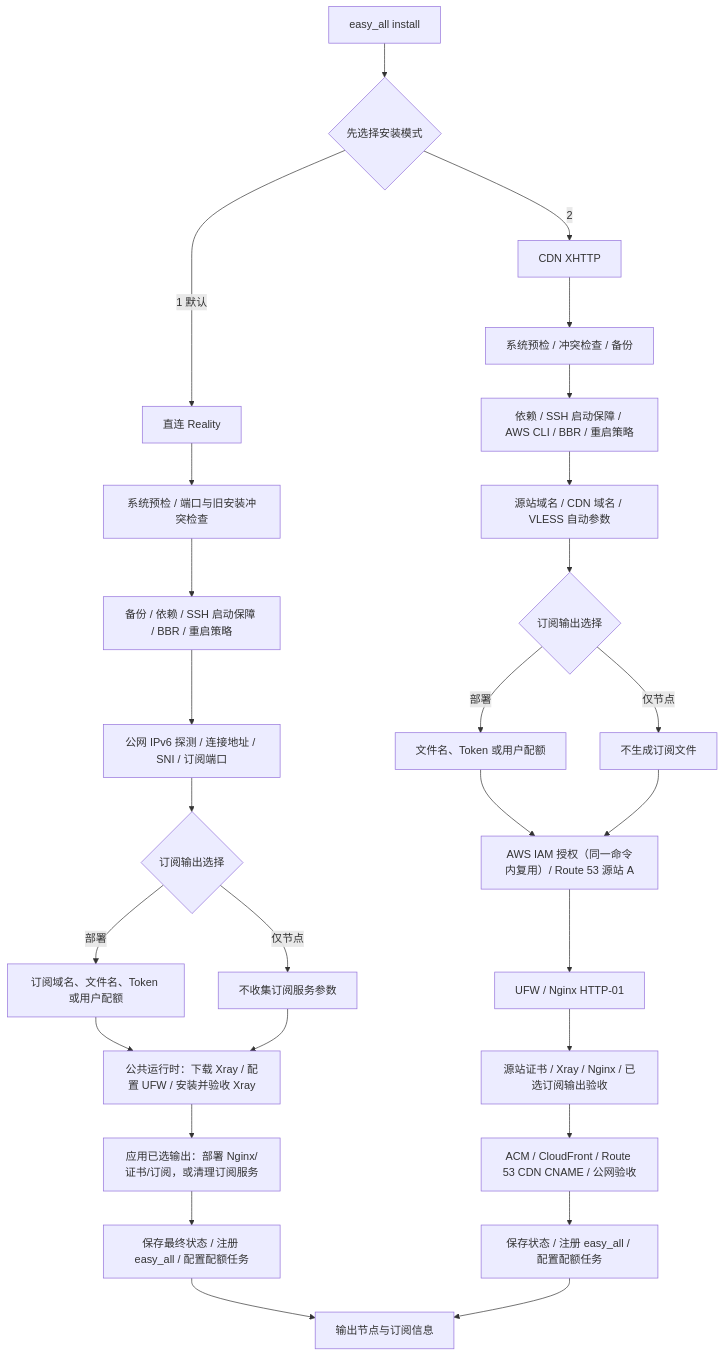
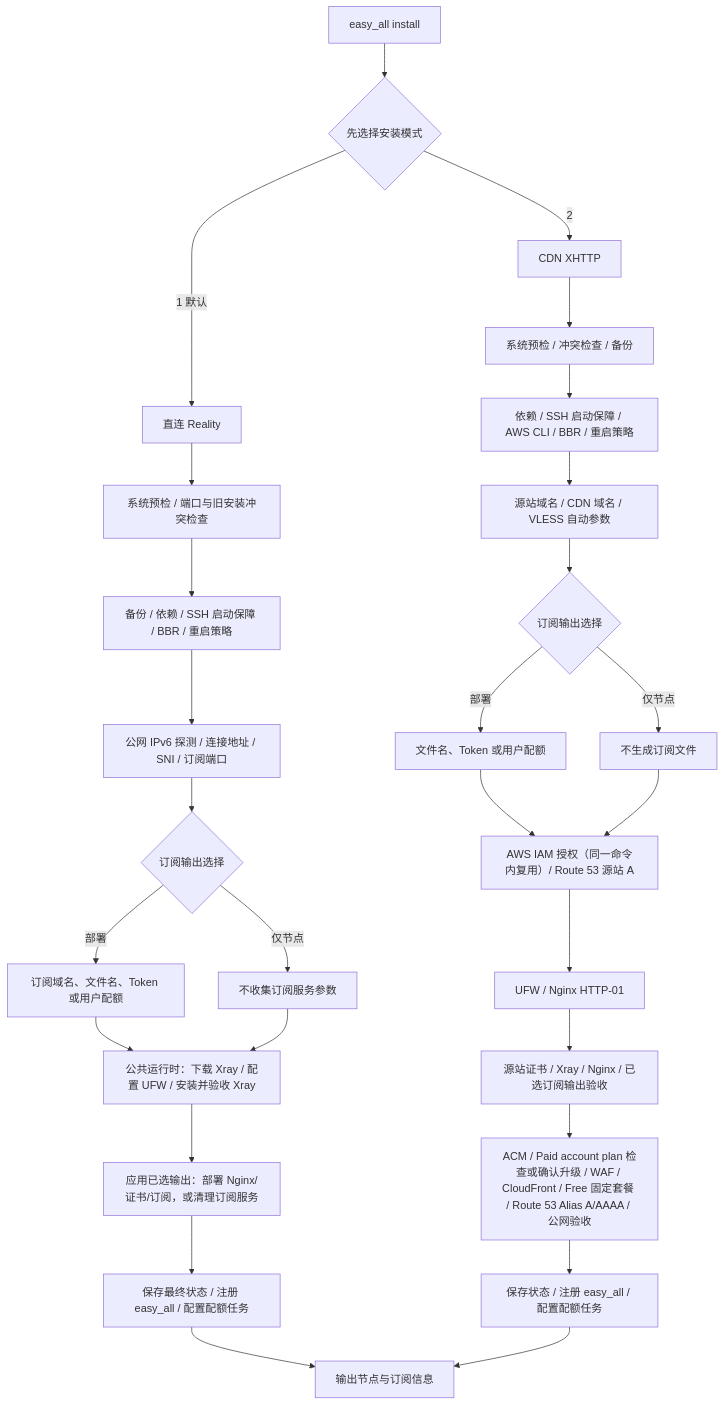
Before and after one commit to v2yiz/easy_all: the diagram in README.md, drawn with Mermaid. The commit also changed other lines of this file and 6 other files, not shown here.

````diff
--- a/README.md
+++ b/README.md
@@ -64,32 +64,32 @@
 ```mermaid
 flowchart TD
     A[easy_all install] --> B{先选择安装模式}
 
     B -->|1 默认| R0[直连 Reality]
     R0 --> R1[系统预检 / 端口与旧安装冲突检查]
     R1 --> R2[备份 / 依赖 / SSH 启动保障 / BBR / 重启策略]
     R2 --> R3[公网 IPv6 探测 / 连接地址 / SNI / 订阅端口]
     R3 --> R4{订阅输出选择}
     R4 -->|部署| R5[订阅域名、文件名、Token 或用户配额]
     R4 -->|仅节点| R6[不收集订阅服务参数]
     R5 --> R7[公共运行时：下载 Xray / 配置 UFW / 安装并验收 Xray]
     R6 --> R7
     R7 --> R8[应用已选输出：部署 Nginx/证书/订阅，或清理订阅服务]
     R8 --> R9[保存最终状态 / 注册 easy_all / 配置配额任务]
     R9 --> Z[输出节点与订阅信息]
 
     B -->|2| X0[CDN XHTTP]
     X0 --> X1[系统预检 / 冲突检查 / 备份]
     X1 --> X2[依赖 / SSH 启动保障 / AWS CLI / BBR / 重启策略]
     X2 --> X3[源站域名 / CDN 域名 / VLESS 自动参数]
     X3 --> X4{订阅输出选择}
     X4 -->|部署| X5[文件名、Token 或用户配额]
     X4 -->|仅节点| X6[不生成订阅文件]
     X5 --> X7[AWS IAM 授权（同一命令内复用）/ Route 53 源站 A]
     X6 --> X7
     X7 --> X8[UFW / Nginx HTTP-01]
     X8 --> X9[源站证书 / Xray / Nginx / 已选订阅输出验收]
-    X9 --> X10[ACM / CloudFront / Route 53 CDN CNAME / 公网验收]
+    X9 --> X10[ACM / Paid account plan 检查或确认升级 / WAF / CloudFront / Free 固定套餐 / Route 53 Alias A/AAAA / 公网验收]
     X10 --> X11[保存状态 / 注册 easy_all / 配置配额任务]
     X11 --> Z
 ```
````
